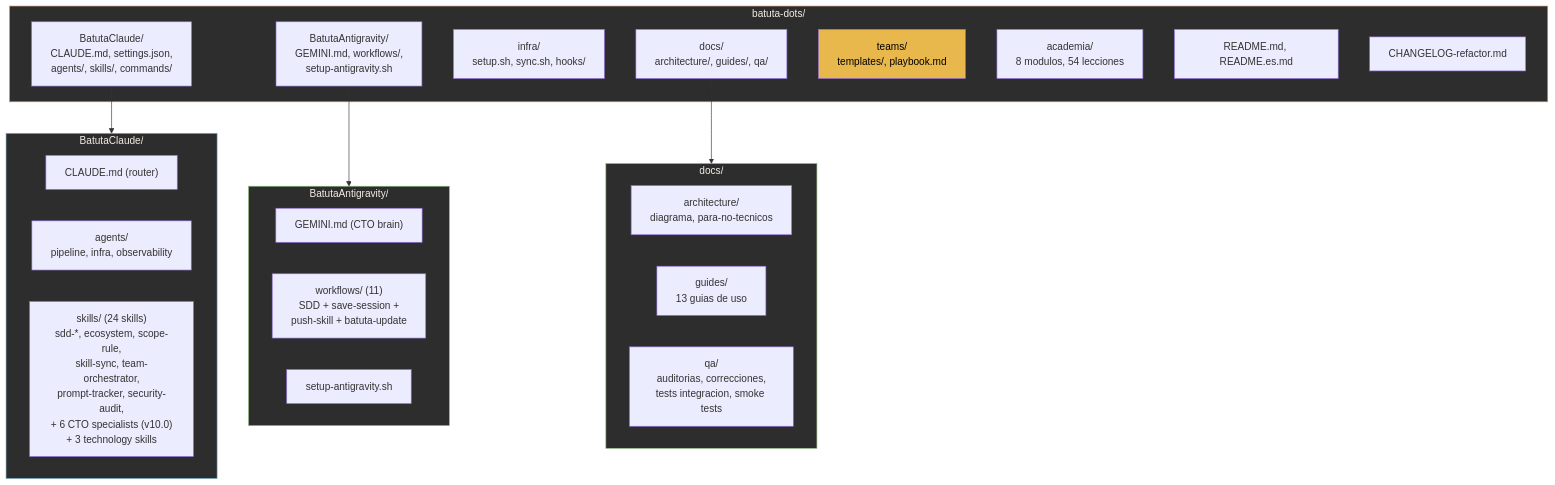
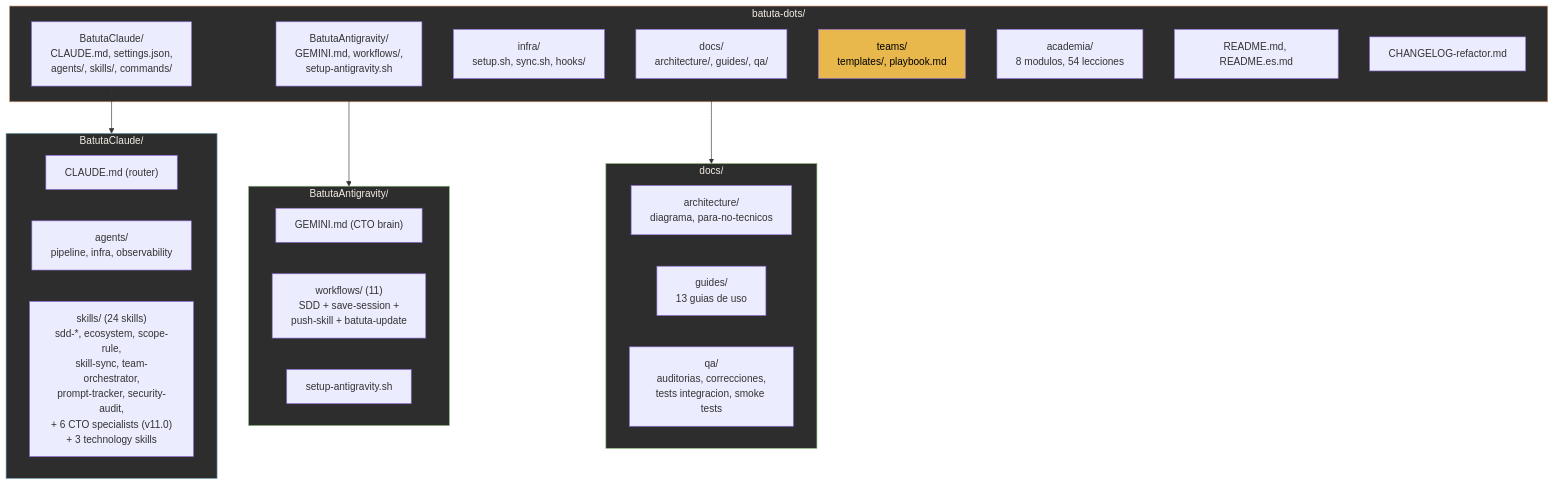
Before and after one commit to jota-batuta/batuta-dots: diagram 24 of 24 in docs/architecture/arquitectura-diagrama.md, drawn with Mermaid. The commit also changed other lines of this file and 24 other files, not shown here.

````diff
--- a/docs/architecture/arquitectura-diagrama.md
+++ b/docs/architecture/arquitectura-diagrama.md
@@ -906,41 +906,41 @@
 ```mermaid
 flowchart TD
     subgraph ROOT["batuta-dots/"]
         CLAUDE_DIR["BatutaClaude/<br/>CLAUDE.md, settings.json,<br/>agents/, skills/, commands/"]
         ANTIGRAVITY_DIR["BatutaAntigravity/<br/>GEMINI.md, workflows/,<br/>setup-antigravity.sh"]
         INFRA_DIR["infra/<br/>setup.sh, sync.sh, hooks/"]
         DOCS["docs/<br/>architecture/, guides/, qa/"]
         TEAMS["teams/<br/>templates/, playbook.md"]
         ACADEMIA["academia/<br/>8 modulos, 54 lecciones"]
         README["README.md, README.es.md"]
         CHANGELOG["CHANGELOG-refactor.md"]
     end
 
     subgraph CLAUDE_DETAIL["BatutaClaude/"]
         CLAUDE_MD["CLAUDE.md (router)"]
         AGENTS["agents/<br/>pipeline, infra, observability"]
-        SKILLS_24["skills/ (24 skills)<br/>sdd-*, ecosystem, scope-rule,<br/>skill-sync, team-orchestrator,<br/>prompt-tracker, security-audit,<br/>+ 6 CTO specialists (v10.0)<br/>+ 3 technology skills"]
+        SKILLS_24["skills/ (24 skills)<br/>sdd-*, ecosystem, scope-rule,<br/>skill-sync, team-orchestrator,<br/>prompt-tracker, security-audit,<br/>+ 6 CTO specialists (v11.0)<br/>+ 3 technology skills"]
     end
 
     subgraph ANTIGRAVITY_DETAIL["BatutaAntigravity/"]
         GEMINI_MD["GEMINI.md (CTO brain)"]
         WORKFLOWS["workflows/ (11)<br/>SDD + save-session +<br/>push-skill + batuta-update"]
         SETUP_AG["setup-antigravity.sh"]
     end
 
     subgraph DOCS_DETAIL["docs/"]
         ARCH["architecture/<br/>diagrama, para-no-tecnicos"]
         GUIDES["guides/<br/>13 guias de uso"]
         QA["qa/<br/>auditorias, correcciones,<br/>tests integracion, smoke tests"]
     end
 
     CLAUDE_DIR --> CLAUDE_DETAIL
     ANTIGRAVITY_DIR --> ANTIGRAVITY_DETAIL
     DOCS --> DOCS_DETAIL
 
     style ROOT fill:#2d2d2d,stroke:#D4956A,color:#F5EDE4
     style CLAUDE_DETAIL fill:#2d2d2d,stroke:#7AAFC4,color:#F5EDE4
     style ANTIGRAVITY_DETAIL fill:#2d2d2d,stroke:#8BB87A,color:#F5EDE4
     style DOCS_DETAIL fill:#2d2d2d,stroke:#8BB87A,color:#F5EDE4
     style TEAMS fill:#E8B84D,color:#000
 ```
````
